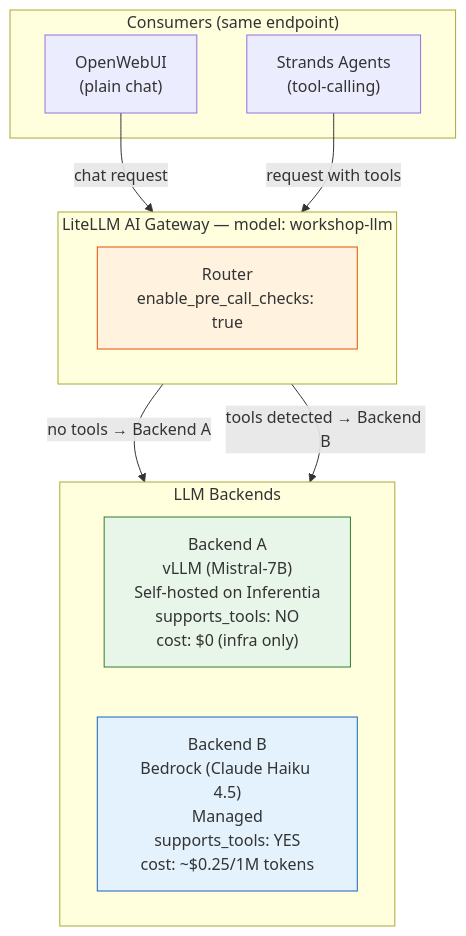
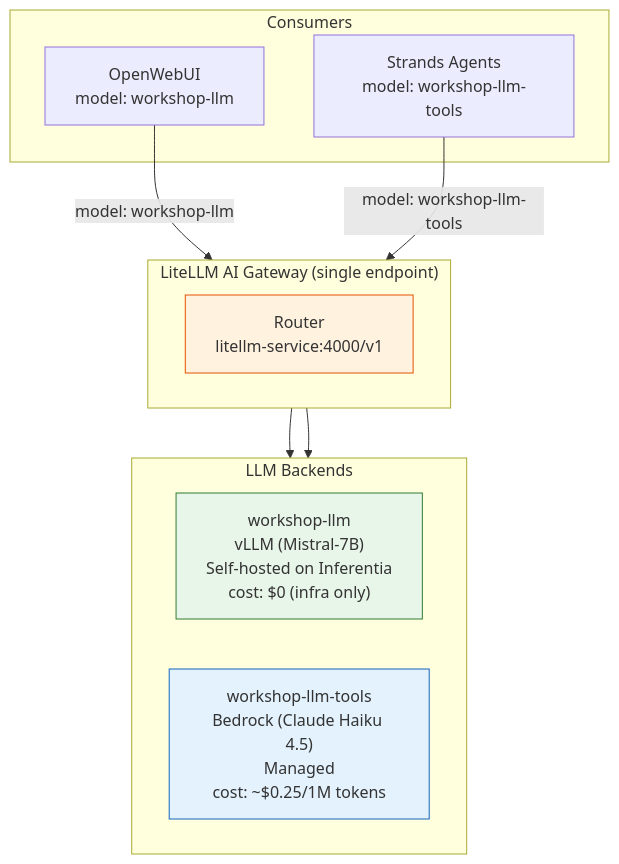
Before and after one commit to git4example/genai-fsx-netapp-ontap-workshop-on-eks-auto: the diagram in content/200_module2_genai/210_Deploy.md, drawn with Mermaid. The commit also changed other lines of this file and 2 other files, not shown here.

First line of the commit message:
docs: Update content to reflect two-model routing (not auto-detection)

````diff
--- a/content/200_module2_genai/210_Deploy.md
+++ b/content/200_module2_genai/210_Deploy.md
@@ -310,27 +310,27 @@
 ```mermaid
 flowchart TB
-    subgraph Consumers["Consumers (same endpoint)"]
-        WEB["OpenWebUI<br/>(plain chat)"]
-        AGT["Strands Agents<br/>(tool-calling)"]
+    subgraph Consumers["Consumers"]
+        WEB["OpenWebUI<br/>model: workshop-llm"]
+        AGT["Strands Agents<br/>model: workshop-llm-tools"]
     end
 
-    subgraph GW["LiteLLM AI Gateway — model: workshop-llm"]
+    subgraph GW["LiteLLM AI Gateway (single endpoint)"]
         direction LR
-        ROUTER["Router<br/>enable_pre_call_checks: true"]
+        ROUTER["Router<br/>litellm-service:4000/v1"]
     end
 
     subgraph Backends["LLM Backends"]
         direction LR
-        BA["Backend A<br/>vLLM (Mistral-7B)<br/>Self-hosted on Inferentia<br/>supports_tools: NO<br/>cost: $0 (infra only)"]
-        BB["Backend B<br/>Bedrock (Claude Haiku 4.5)<br/>Managed<br/>supports_tools: YES<br/>cost: ~$0.25/1M tokens"]
+        BA["workshop-llm<br/>vLLM (Mistral-7B)<br/>Self-hosted on Inferentia<br/>cost: $0 (infra only)"]
+        BB["workshop-llm-tools<br/>Bedrock (Claude Haiku 4.5)<br/>Managed<br/>cost: ~$0.25/1M tokens"]
     end
 
-    WEB -->|chat request| ROUTER
-    AGT -->|request with tools| ROUTER
-    ROUTER -->|"no tools → Backend A"| BA
-    ROUTER -->|"tools detected → Backend B"| BB
+    WEB -->|"model: workshop-llm"| ROUTER
+    AGT -->|"model: workshop-llm-tools"| ROUTER
+    ROUTER --> BA
+    ROUTER --> BB
 
     style BA fill:#e8f5e9,stroke:#2e7d32
     style BB fill:#e3f2fd,stroke:#1565c0
     style ROUTER fill:#fff3e0,stroke:#e65100
 ```
````
